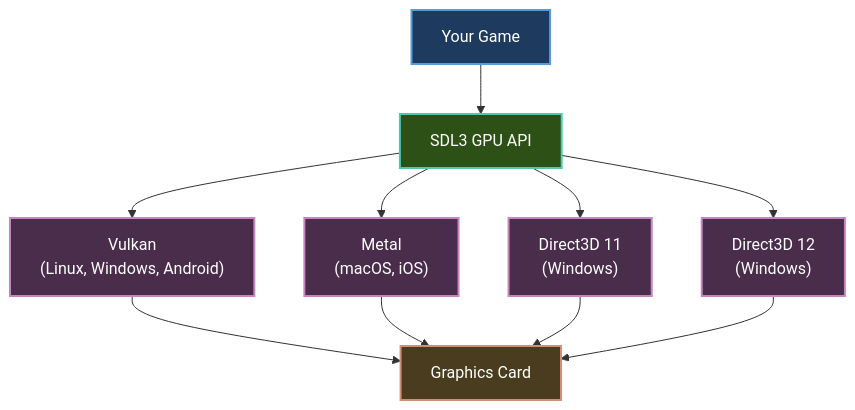
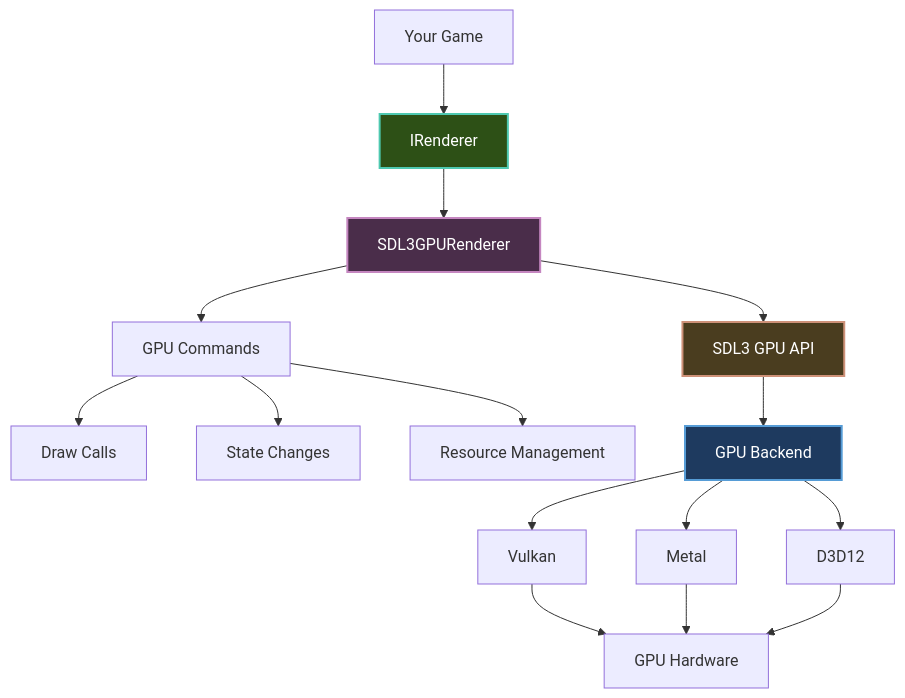
Before and after one commit to CrazyPickleStudios/Brine2D-Documentation: the diagram in docs/guides/rendering/gpu-renderer.md, drawn with Mermaid. The commit also changed other lines of this file and 19 other files, not shown here.

````diff
--- a/docs/guides/rendering/gpu-renderer.md
+++ b/docs/guides/rendering/gpu-renderer.md
@@ -22,21 +66,26 @@
-```mermaid
+~~~mermaid
 graph TB
-    APP["Your Game"] --> API["SDL3 GPU API"]
-    API --> VULKAN["Vulkan<br/>(Linux, Windows, Android)"]
-    API --> METAL["Metal<br/>(macOS, iOS)"]
-    API --> D3D11["Direct3D 11<br/>(Windows)"]
-    API --> D3D12["Direct3D 12<br/>(Windows)"]
+    A[Your Game] --> B[IRenderer]
+    B --> C[SDL3GPURenderer]
     
-    VULKAN --> GPU["Graphics Card"]
-    METAL --> GPU
-    D3D11 --> GPU
-    D3D12 --> GPU
+    C --> D[GPU Commands]
+    D --> D1[Draw Calls]
+    D --> D2[State Changes]
+    D --> D3[Resource Management]
     
-    style APP fill:#1e3a5f,stroke:#569cd6,stroke-width:2px,color:#fff
-    style API fill:#2d5016,stroke:#4ec9b0,stroke-width:2px,color:#fff
-    style VULKAN fill:#4a2d4a,stroke:#c586c0,stroke-width:2px,color:#fff
-    style METAL fill:#4a2d4a,stroke:#c586c0,stroke-width:2px,color:#fff
-    style D3D11 fill:#4a2d4a,stroke:#c586c0,stroke-width:2px,color:#fff
-    style D3D12 fill:#4a2d4a,stroke:#c586c0,stroke-width:2px,color:#fff
-    style GPU fill:#4a3d1f,stroke:#ce9178,stroke-width:2px,color:#fff
-```
+    C --> E[SDL3 GPU API]
+    E --> F[GPU Backend]
+    
+    F --> G1[Vulkan]
+    F --> G2[Metal]
+    F --> G3[D3D12]
+    
+    G1 --> H[GPU Hardware]
+    G2 --> H
+    G3 --> H
+    
+    style B fill:#2d5016,stroke:#4ec9b0,stroke-width:2px,color:#fff
+    style C fill:#4a2d4a,stroke:#c586c0,stroke-width:2px,color:#fff
+    style E fill:#4a3d1f,stroke:#ce9178,stroke-width:2px,color:#fff
+    style F fill:#1e3a5f,stroke:#569cd6,stroke-width:2px,color:#fff
+~~~
````
